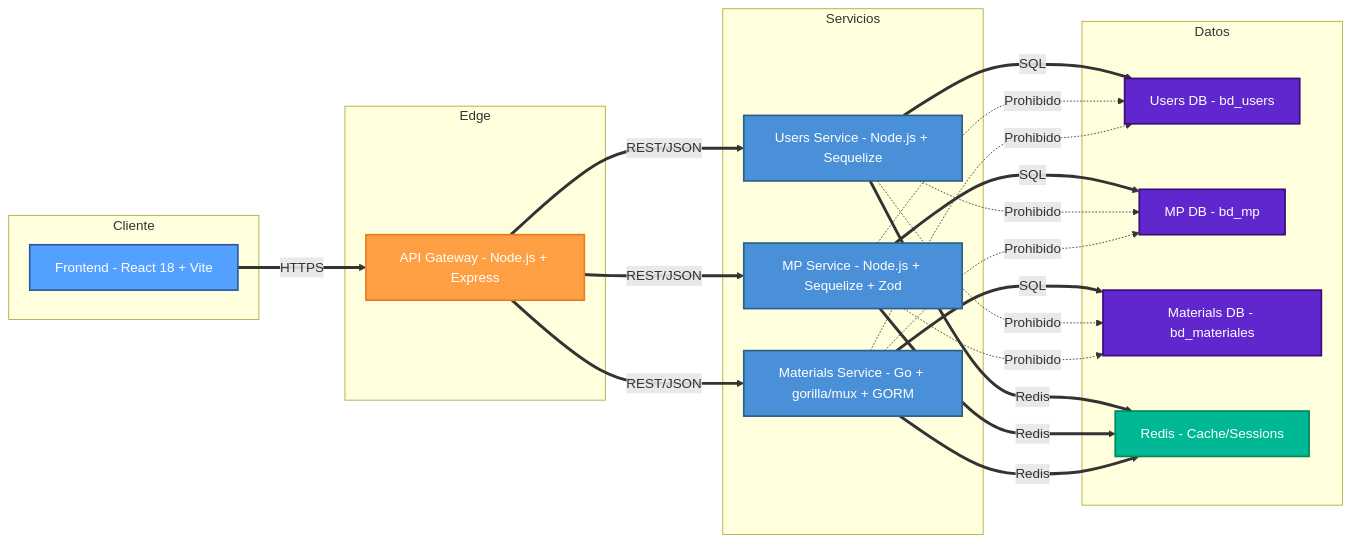
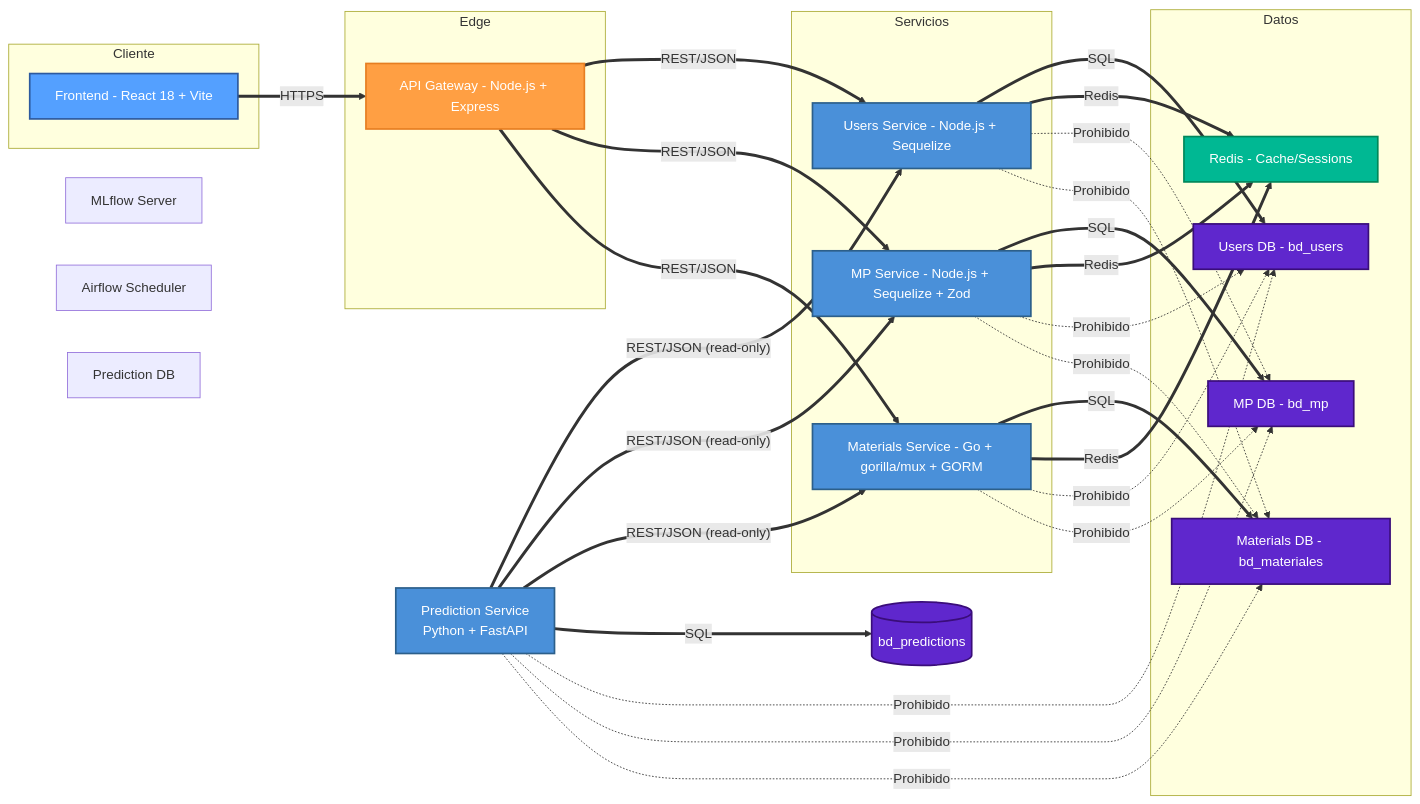
Before and after one commit to ybotet/SISGAD5_1.0: the first of 4 diagrams in ARCHITECTURE.md, drawn with Mermaid. The commit also changed other lines of this file and 13 other files, not shown here.

Commit message:
feat: add Prediction Service module to project governance files

````diff
--- a/ARCHITECTURE.md
+++ b/ARCHITECTURE.md
@@ -40,49 +44,66 @@
 ```mermaid
 graph LR
     subgraph CLIENT["Cliente"]
         FE["Frontend - React 18 + Vite"]:::frontend
     end
 
     subgraph EDGE["Edge"]
         GW["API Gateway - Node.js + Express"]:::gateway
     end
 
     subgraph SERVICES["Servicios"]
         US["Users Service - Node.js + Sequelize"]:::service
         MPS["MP Service - Node.js + Sequelize + Zod"]:::service
         MS["Materials Service - Go + gorilla/mux + GORM"]:::service
     end
 
     subgraph DATA["Datos"]
         UBD["Users DB - bd_users"]:::database
         MPDB["MP DB - bd_mp"]:::database
         MADB["Materials DB - bd_materiales"]:::database
         RDX["Redis - Cache/Sessions"]:::cache
     end
 
     %% Communication paths (allowed - solid lines with labels)
     FE == "HTTPS" ==> GW
     GW == "REST/JSON" ==> US
     GW == "REST/JSON" ==> MPS
     GW == "REST/JSON" ==> MS
     US == "SQL" ==> UBD
     MPS == "SQL" ==> MPDB
     MS == "SQL" ==> MADB
     US == "Redis" ==> RDX
     MPS == "Redis" ==> RDX
     MS == "Redis" ==> RDX
 
+    %% Prediction Service (only reads from other services' data)
+    PST["Prediction Service<br/>Python + FastAPI"]:::service
+    PST == "REST/JSON (read-only)" ==> US
+    PST == "REST/JSON (read-only)" ==> MPS
+    PST == "REST/JSON (read-only)" ==> MS
+    PDB[("bd_predictions")]:::database
+    PST == "SQL" ==> PDB
+
+     MLFLOW["MLflow Server"]:::obs
+     AIRFLOW["Airflow Scheduler"]:::obs
+     OBS_STK["Prediction DB"]:::obs
+
     %% Forbidden cross-BD access (dashed red lines)
     US -. "Prohibido" .-> MPDB
     US -. "Prohibido" .-> MADB
     MPS -. "Prohibido" .-> UBD
     MPS -. "Prohibido" .-> MADB
     MS -. "Prohibido" .-> UBD
     MS -. "Prohibido" .-> MPDB
 
+    %% Prediction Service cannot access other BDs directly
+    PST -. "Prohibido" .-> UBD
+    PST -. "Prohibido" .-> MPDB
+    PST -. "Prohibido" .-> MADB
+
     classDef service fill:#4a90d9,stroke:#2c5f8a,stroke-width:2px,color:#fff
     classDef gateway fill:#ff9f43,stroke:#e67e22,stroke-width:2px,color:#fff
     classDef frontend fill:#54a0ff,stroke:#2d5a9e,stroke-width:2px,color:#fff
     classDef database fill:#5f27cd,stroke:#3a0d7a,stroke-width:2px,color:#fff
     classDef cache fill:#00b893,stroke:#00875a,stroke-width:2px,color:#fff
 ```
````
